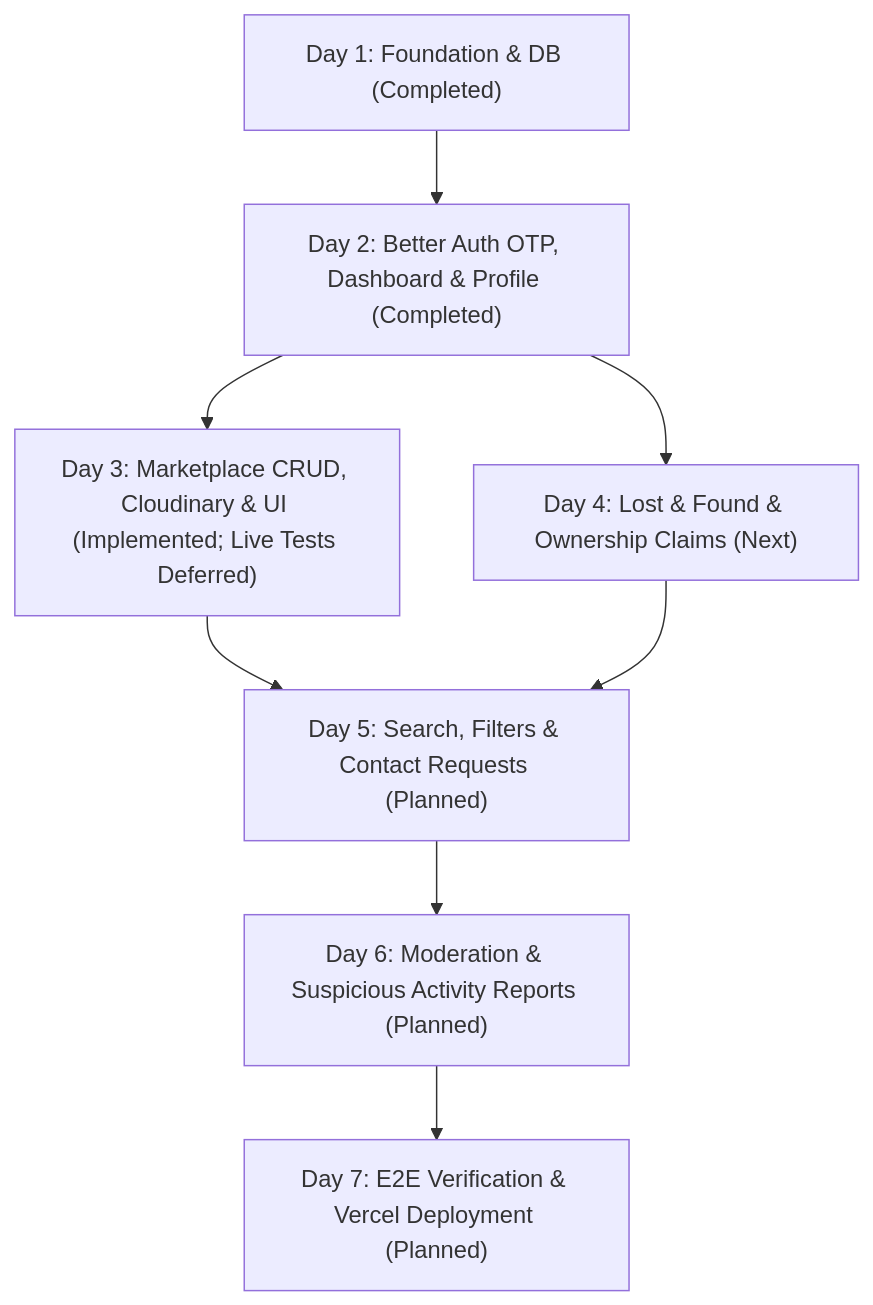
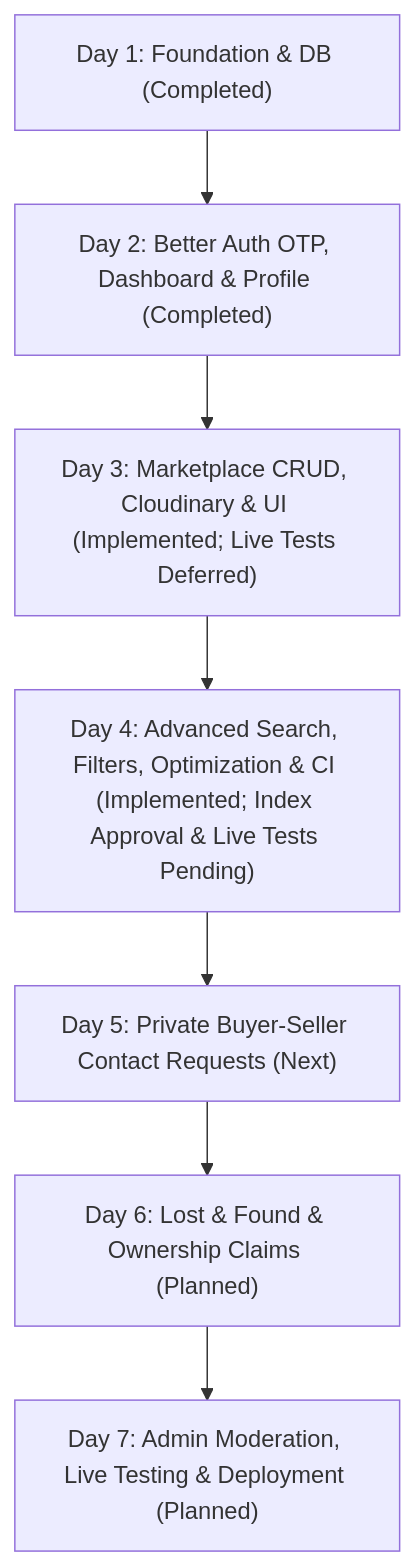
Before and after one commit to Saswata2006/Khoj: the diagram in docs/ROADMAP.md, drawn with Mermaid. The commit also changed other lines of this file and 27 other files, not shown here.

Commit message:
feat(search): implement advanced marketplace discovery and CI pipeline

````diff
--- a/docs/ROADMAP.md
+++ b/docs/ROADMAP.md
@@ -10,18 +10,17 @@
 ```mermaid
 flowchart TD
     Day1["Day 1: Foundation & DB (Completed)"]
     Day2["Day 2: Better Auth OTP, Dashboard & Profile (Completed)"]
     Day3["Day 3: Marketplace CRUD, Cloudinary & UI (Implemented; Live Tests Deferred)"]
-    Day4["Day 4: Lost & Found & Ownership Claims (Next)"]
-    Day5["Day 5: Search, Filters & Contact Requests (Planned)"]
-    Day6["Day 6: Moderation & Suspicious Activity Reports (Planned)"]
-    Day7["Day 7: E2E Verification & Vercel Deployment (Planned)"]
+    Day4["Day 4: Advanced Search, Filters, Optimization & CI (Implemented; Index Approval & Live Tests Pending)"]
+    Day5["Day 5: Private Buyer-Seller Contact Requests (Next)"]
+    Day6["Day 6: Lost & Found & Ownership Claims (Planned)"]
+    Day7["Day 7: Admin Moderation, Live Testing & Deployment (Planned)"]
 
     Day1 --> Day2
     Day2 --> Day3
-    Day2 --> Day4
-    Day3 --> Day5
+    Day3 --> Day4
     Day4 --> Day5
     Day5 --> Day6
     Day6 --> Day7
 ```
````
